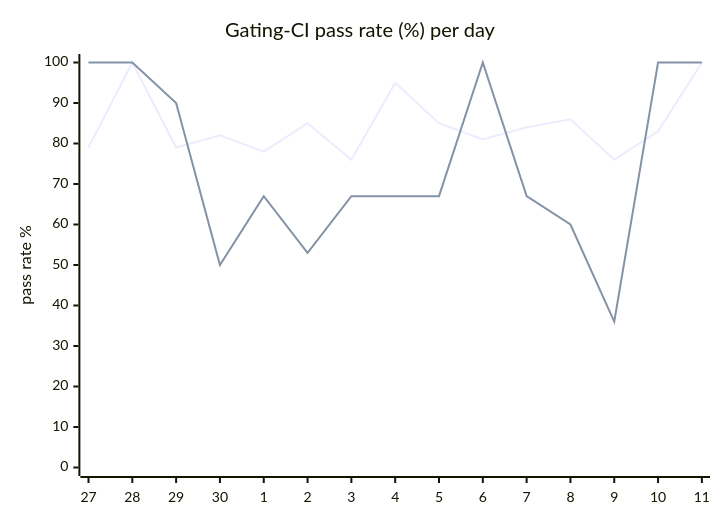
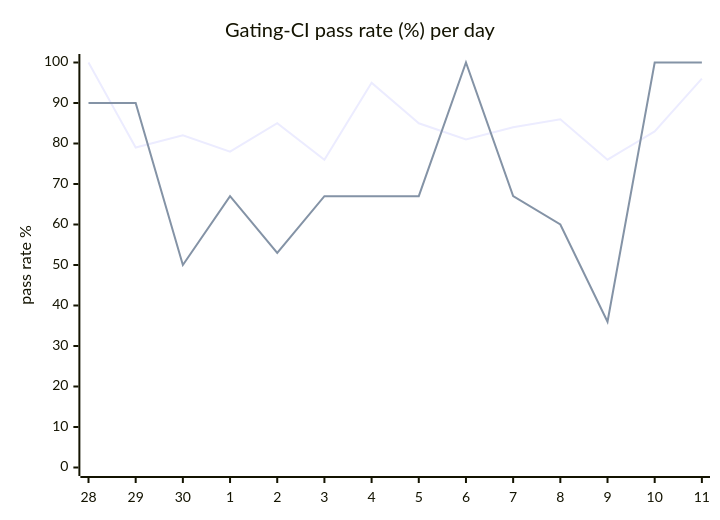
One commit to hatchet-dev/hatchet changed the diagram in hack/ci/ci-dashboard/staging/issue.md. Above: the diagram before and after it, drawn with Mermaid. The commit also changed other lines of this file, not shown here.

````diff
--- a/hack/ci/ci-dashboard/staging/issue.md
+++ b/hack/ci/ci-dashboard/staging/issue.md
@@ -9,8 +9,8 @@
 ```mermaid
 xychart-beta
   title "Gating-CI pass rate (%) per day"
-  x-axis [27, 28, 29, 30, 1, 2, 3, 4, 5, 6, 7, 8, 9, 10, 11]
+  x-axis [28, 29, 30, 1, 2, 3, 4, 5, 6, 7, 8, 9, 10, 11]
   y-axis "pass rate %" 0 --> 100
-  line "CI" [79, 100, 79, 82, 78, 85, 76, 95, 85, 81, 84, 86, 76, 83, 100]
-  line "main" [100, 100, 90, 50, 67, 53, 67, 67, 67, 100, 67, 60, 36, 100, 100]
+  line "CI" [100, 79, 82, 78, 85, 76, 95, 85, 81, 84, 86, 76, 83, 96]
+  line "main" [90, 90, 50, 67, 53, 67, 67, 67, 100, 67, 60, 36, 100, 100]
 ```
````
